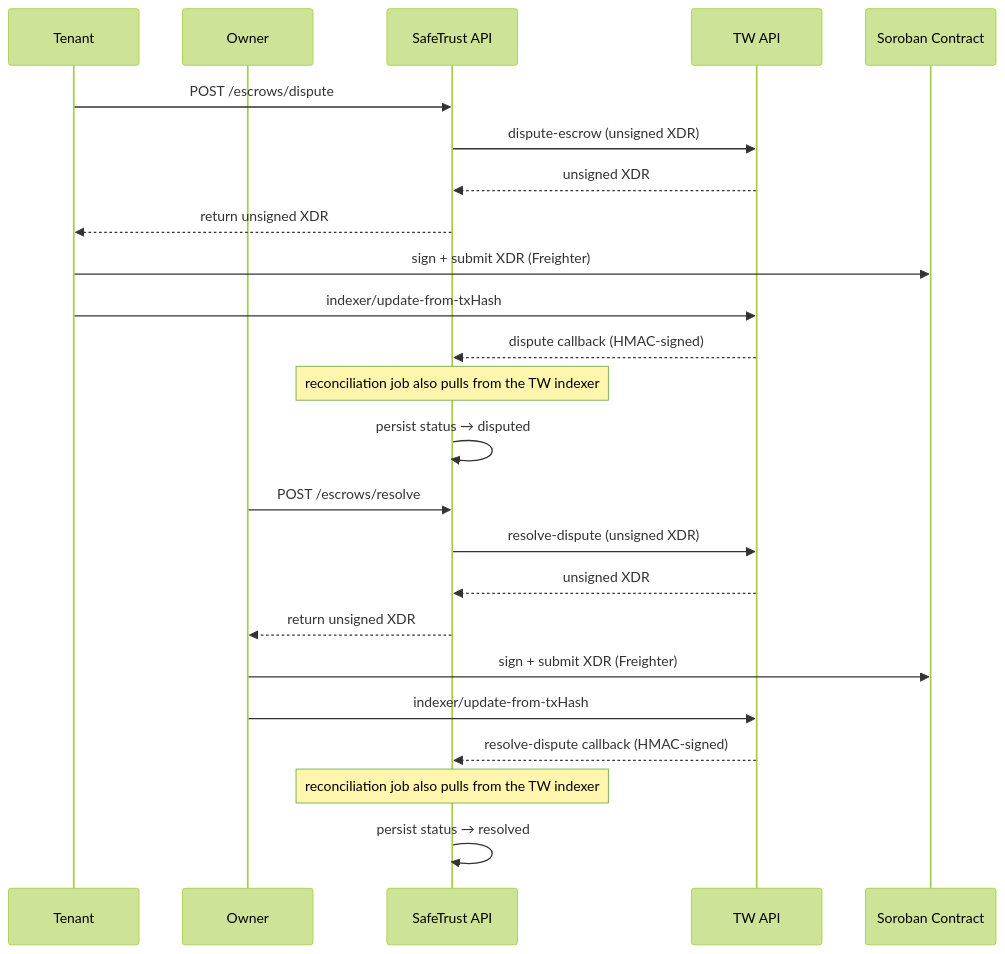
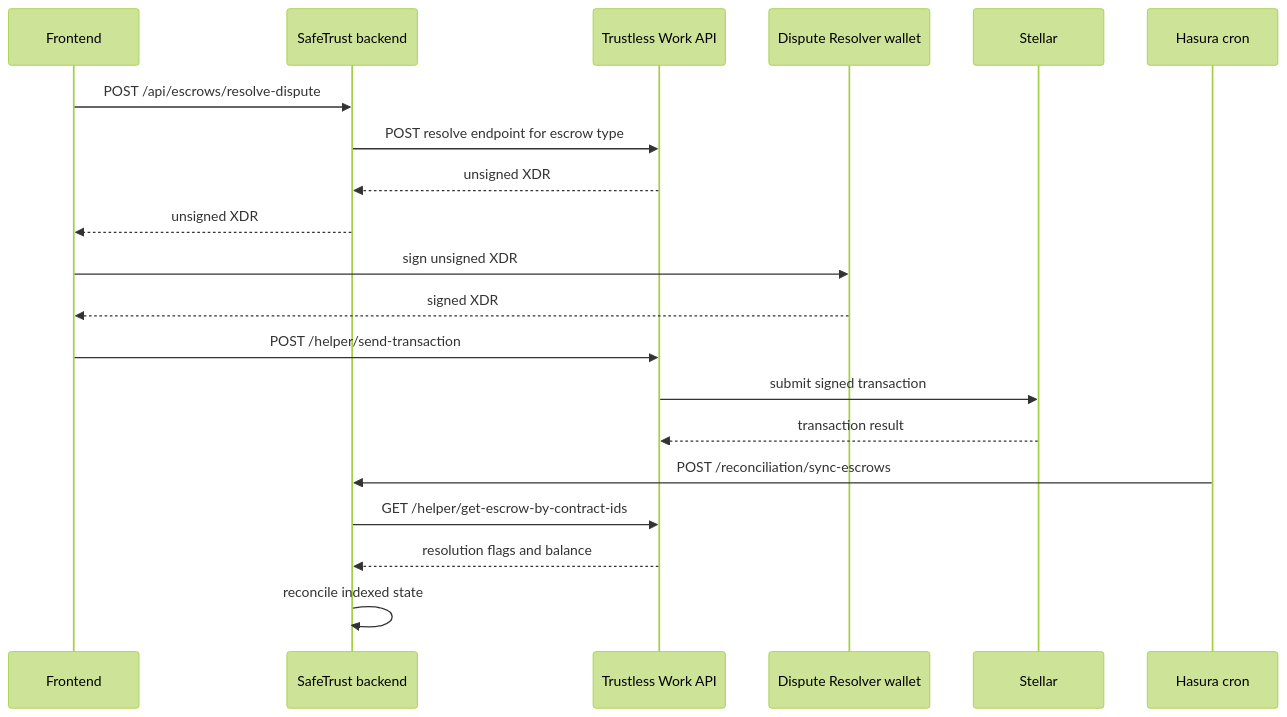
Before and after one commit to safetrustcr/backend-SafeTrust: the second of 2 diagrams in docs/stellar/dispute-resolve.md, drawn with Mermaid (forest theme). The commit also changed other lines of this file and 5 other files, not shown here.

Commit message:
feat(docs): add escrow flow documentation for funding, approval, dispute, resolution, and reconciliation (#768)

````diff
--- a/docs/stellar/dispute-resolve.md
+++ b/docs/stellar/dispute-resolve.md
@@ -29,28 +53,23 @@
 ```mermaid
 sequenceDiagram
-    participant T as Tenant
-    participant O as Owner
-    participant ST as SafeTrust API
-    participant TW as TW API
-    participant SC as Soroban Contract
+    participant FE as Frontend
+    participant BE as SafeTrust backend
+    participant TW as Trustless Work API
+    participant DR as Dispute Resolver wallet
+    participant ST as Stellar
+    participant CR as Hasura cron
 
-    T->>ST: POST /escrows/dispute
-    ST->>TW: dispute-escrow (unsigned XDR)
-    TW-->>ST: unsigned XDR
-    ST-->>T: return unsigned XDR
-    T->>SC: sign + submit XDR (Freighter)
-    T->>TW: indexer/update-from-txHash
-    TW-->>ST: dispute callback (HMAC-signed)
-    Note over ST: reconciliation job also pulls from the TW indexer
-    ST->>ST: persist status → disputed
-
-    O->>ST: POST /escrows/resolve
-    ST->>TW: resolve-dispute (unsigned XDR)
-    TW-->>ST: unsigned XDR
-    ST-->>O: return unsigned XDR
-    O->>SC: sign + submit XDR (Freighter)
-    O->>TW: indexer/update-from-txHash
-    TW-->>ST: resolve-dispute callback (HMAC-signed)
-    Note over ST: reconciliation job also pulls from the TW indexer
-    ST->>ST: persist status → resolved
+    FE->>BE: POST /api/escrows/resolve-dispute
+    BE->>TW: POST resolve endpoint for escrow type
+    TW-->>BE: unsigned XDR
+    BE-->>FE: unsigned XDR
+    FE->>DR: sign unsigned XDR
+    DR-->>FE: signed XDR
+    FE->>TW: POST /helper/send-transaction
+    TW->>ST: submit signed transaction
+    ST-->>TW: transaction result
+    CR->>BE: POST /reconciliation/sync-escrows
+    BE->>TW: GET /helper/get-escrow-by-contract-ids
+    TW-->>BE: resolution flags and balance
+    BE->>BE: reconcile indexed state
 ```
````
